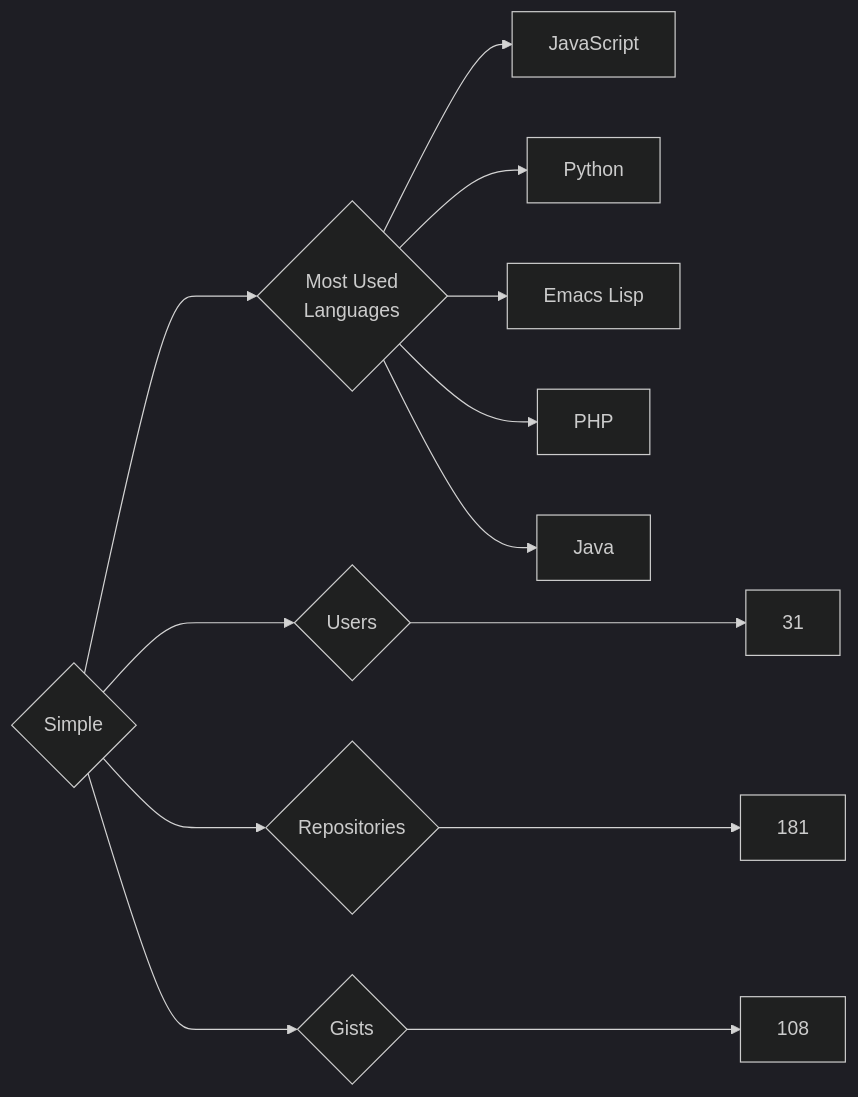
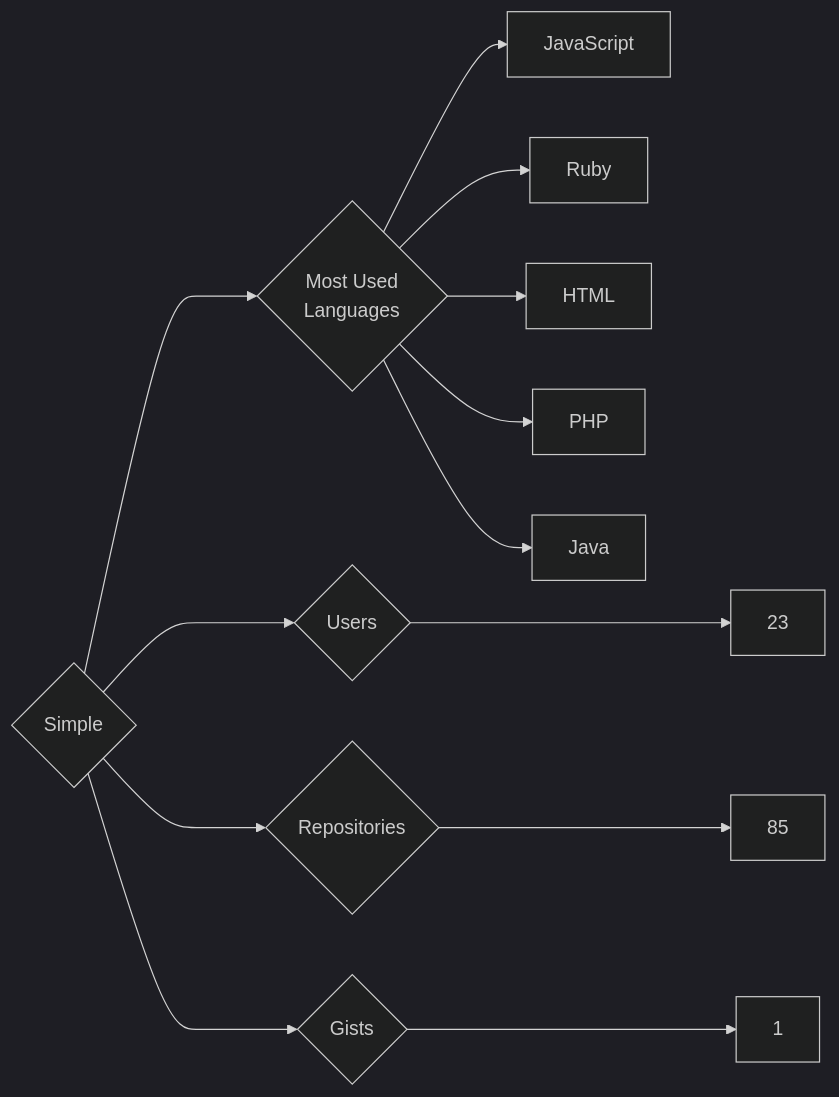
Before and after one commit to trickest/insiders: the diagram in targets/Simple/README.md, drawn with Mermaid (dark theme). The commit also changed 1011 other files, not shown here.

````diff
--- a/targets/Simple/README.md
+++ b/targets/Simple/README.md
@@ -3,13 +3,13 @@
 ```mermaid
 graph LR
 COMPANY_NAME{Simple}
-COMPANY_NAME ---> U{Users} ---> UN[31]
-COMPANY_NAME ---> R{Repositories} ---> RN[181]
-COMPANY_NAME ---> G{Gists} ---> GN[108]
+COMPANY_NAME ---> U{Users} ---> UN[23]
+COMPANY_NAME ---> R{Repositories} ---> RN[85]
+COMPANY_NAME ---> G{Gists} ---> GN[1]
 COMPANY_NAME ---> ML{Most Used<br>Languages}
 ML --> JavaScript[JavaScript]
-ML --> Python[Python]
-ML --> Emacs_Lisp[Emacs Lisp]
+ML --> Ruby[Ruby]
+ML --> HTML[HTML]
 ML --> PHP[PHP]
 ML --> Java[Java]
 ```
````
